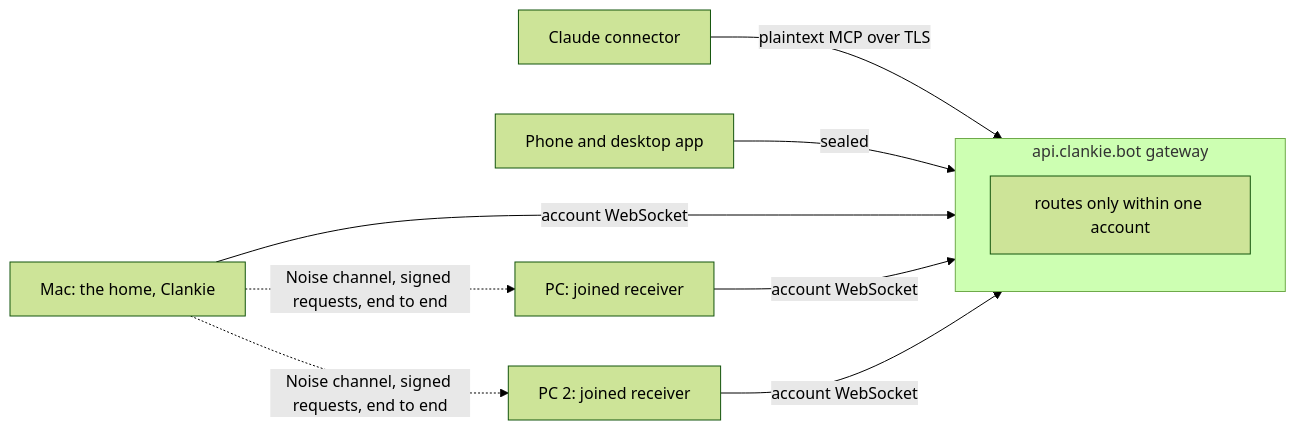
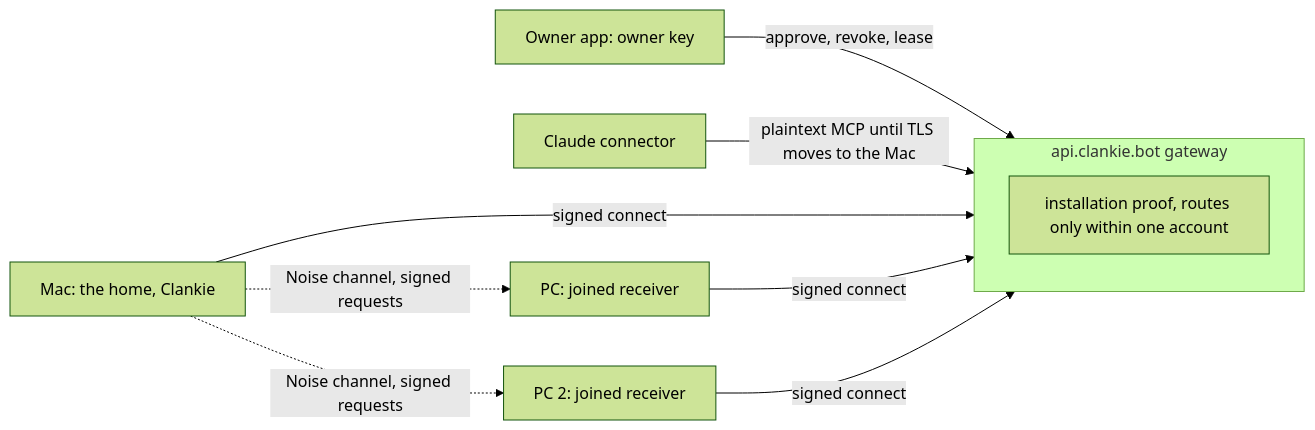
Before and after one commit to Volpestyle/clankie: the diagram in docs/adr/0342-every-machine-joins-the-fleet-without-a-private-network.md, drawn with Mermaid (forest theme). The commit also changed other lines of this file and 1 other file, not shown here.

````diff
--- a/docs/adr/0342-every-machine-joins-the-fleet-without-a-private-network.md
+++ b/docs/adr/0342-every-machine-joins-the-fleet-without-a-private-network.md
@@ -224,13 +341,13 @@
 ```mermaid
 flowchart LR
-  claude[Claude connector] -->|plaintext MCP over TLS| gw
-  phone[Phone and desktop app] -->|sealed| gw
+  owner[Owner app: owner key] -->|approve, revoke, lease| gw
+  claude[Claude connector] -->|plaintext MCP until TLS moves to the Mac| gw
   subgraph gw[api.clankie.bot gateway]
-    route[routes only within one account]
+    route[installation proof, routes only within one account]
   end
-  mac[Mac: the home, Clankie] -->|account WebSocket| gw
-  pc[PC: joined receiver] -->|account WebSocket| gw
-  pc2[PC 2: joined receiver] -->|account WebSocket| gw
-  mac -.->|Noise channel, signed requests, end to end| pc
-  mac -.->|Noise channel, signed requests, end to end| pc2
+  mac[Mac: the home, Clankie] -->|signed connect| gw
+  pc[PC: joined receiver] -->|signed connect| gw
+  pc2[PC 2: joined receiver] -->|signed connect| gw
+  mac -.->|Noise channel, signed requests| pc
+  mac -.->|Noise channel, signed requests| pc2
 ```
````
